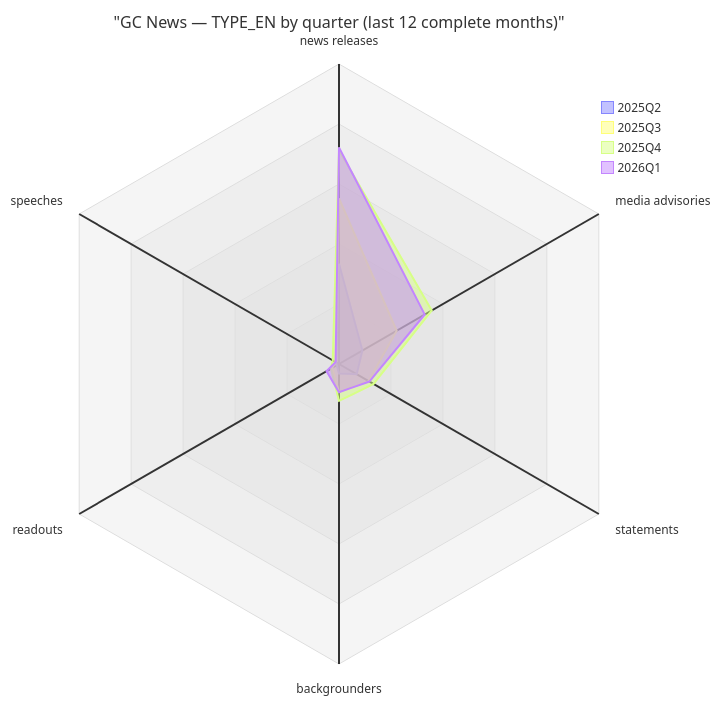
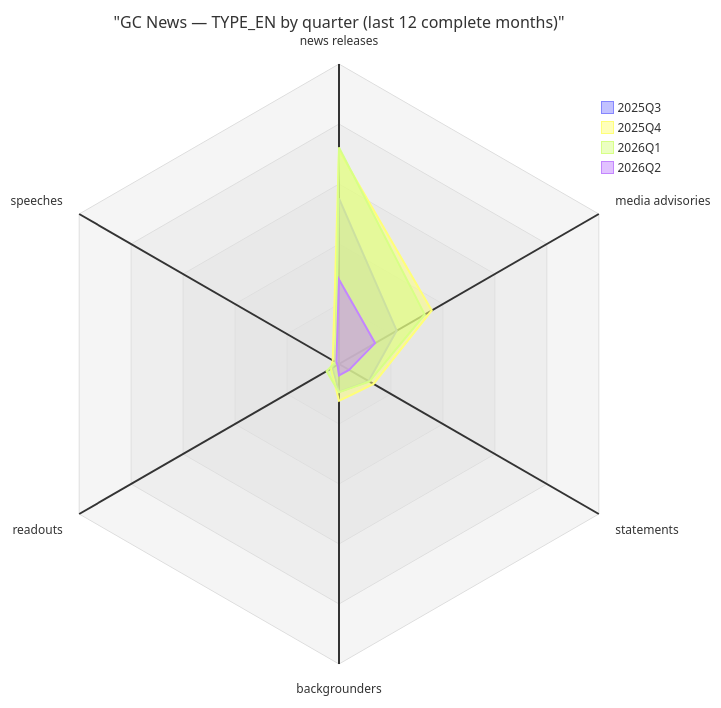
The diagram in docs/type_axes_quarter_curves.md (PatLittle/GC-News-Nouvelles-GC), drawn with Mermaid before and after one commit. The commit also changed 1 other file, not shown here.

Commit message:
Update quarterly TYPE_EN radar (last 12 complete months)

````diff
--- a/docs/type_axes_quarter_curves.md
+++ b/docs/type_axes_quarter_curves.md
@@ -3,13 +3,13 @@
 ```mermaid
 radar-beta
   title "GC News — TYPE_EN by quarter (last 12 complete months)"
   axis t1["news releases"], t2["media advisories"], t3["statements"], t4["backgrounders"], t5["readouts"], t6["speeches"]
 
-  curve q1["2025Q2"]{334, 90, 68, 32, 9, 11}
-  curve q2["2025Q3"]{552, 222, 114, 93, 26, 14}
-  curve q3["2025Q4"]{712, 357, 133, 123, 31, 24}
-  curve q4["2026Q1"]{722, 330, 117, 94, 48, 13}
+  curve q1["2025Q3"]{552, 222, 114, 93, 26, 14}
+  curve q2["2025Q4"]{712, 357, 133, 123, 31, 24}
+  curve q3["2026Q1"]{722, 330, 117, 94, 48, 13}
+  curve q4["2026Q2"]{282, 139, 39, 38, 6, 10}
 
   graticule polygon
   max 1000
 ```
````
